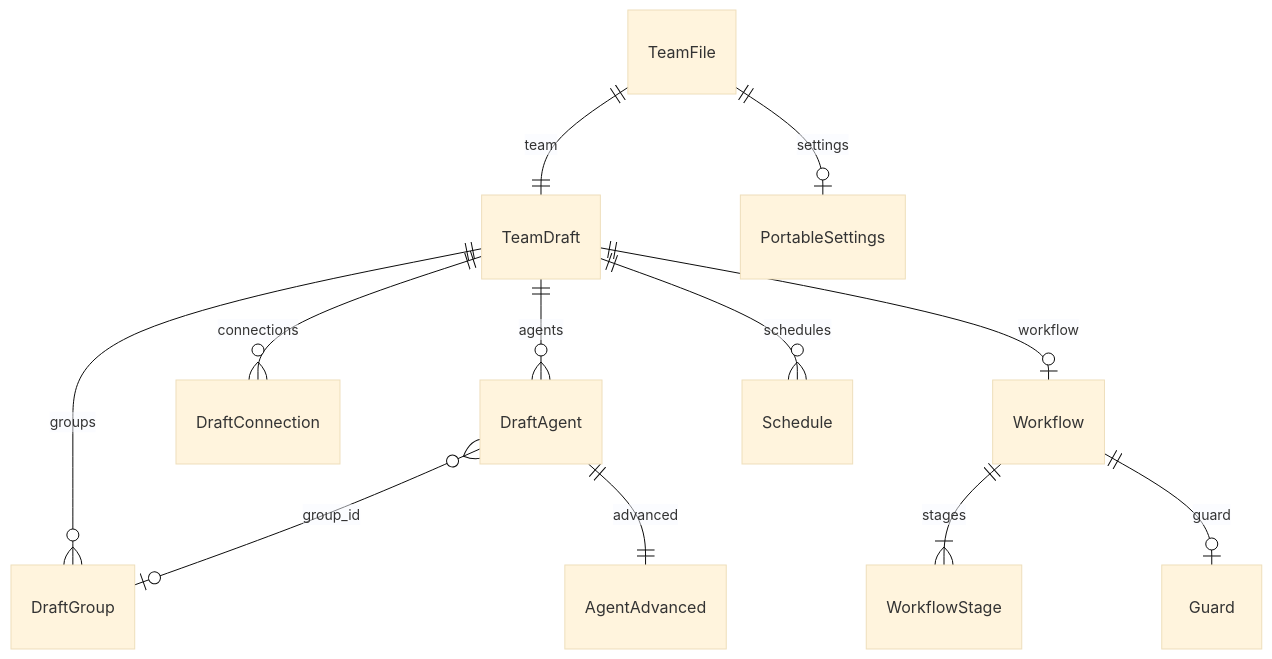
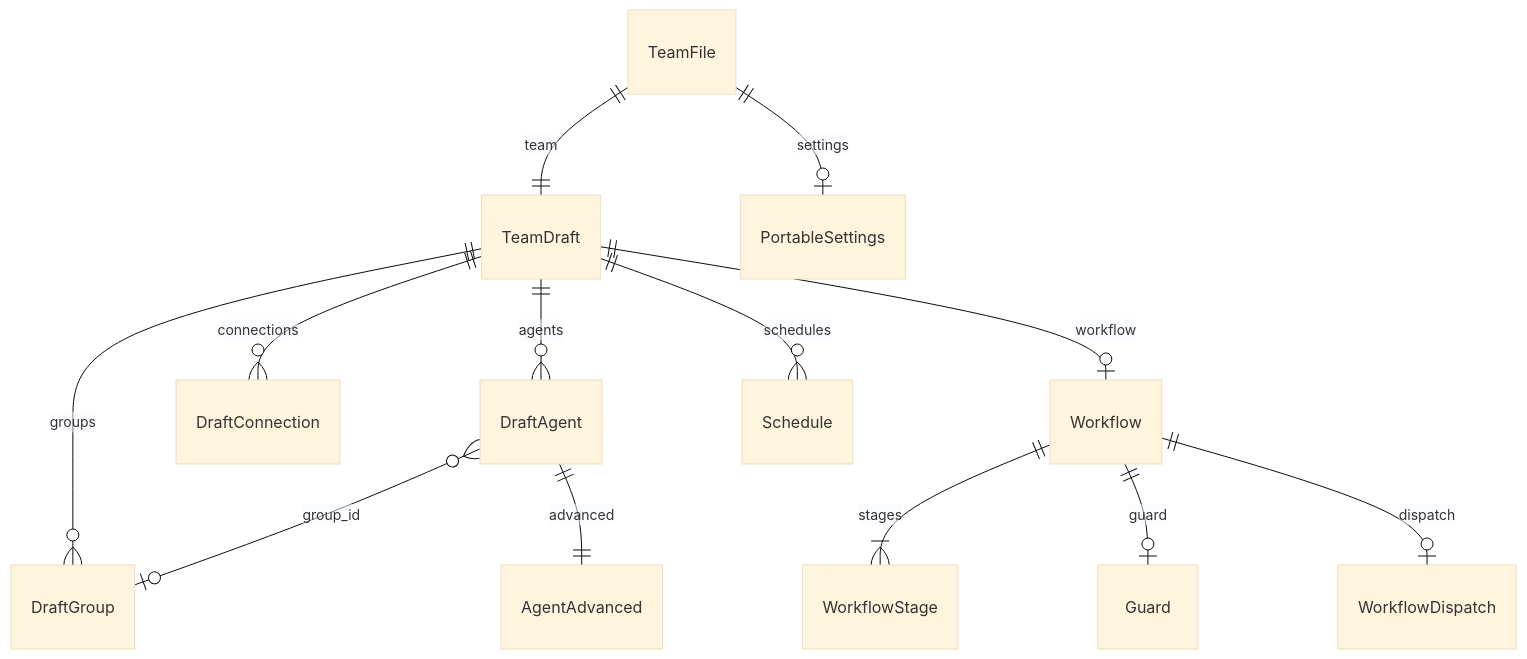
The diagram in docs-site/reference/team-file.mdx (Sculptured/Sculptured), drawn with Mermaid (base theme) before and after one commit. The commit also changed other lines of this file and 60 other files, not shown here.

````diff
--- a/docs-site/reference/team-file.mdx
+++ b/docs-site/reference/team-file.mdx
@@ -17,14 +17,15 @@
 ```mermaid
 erDiagram
   TeamFile ||--|| TeamDraft : team
   TeamFile ||--o| PortableSettings : settings
   TeamDraft ||--o{ DraftGroup : groups
   TeamDraft ||--o{ DraftAgent : agents
   TeamDraft ||--o{ DraftConnection : connections
   TeamDraft ||--o| Workflow : workflow
   TeamDraft ||--o{ Schedule : schedules
   DraftAgent }o--o| DraftGroup : group_id
   DraftAgent ||--|| AgentAdvanced : advanced
   Workflow ||--|{ WorkflowStage : stages
   Workflow ||--o| Guard : guard
+  Workflow ||--o| WorkflowDispatch : dispatch
 ```
````
